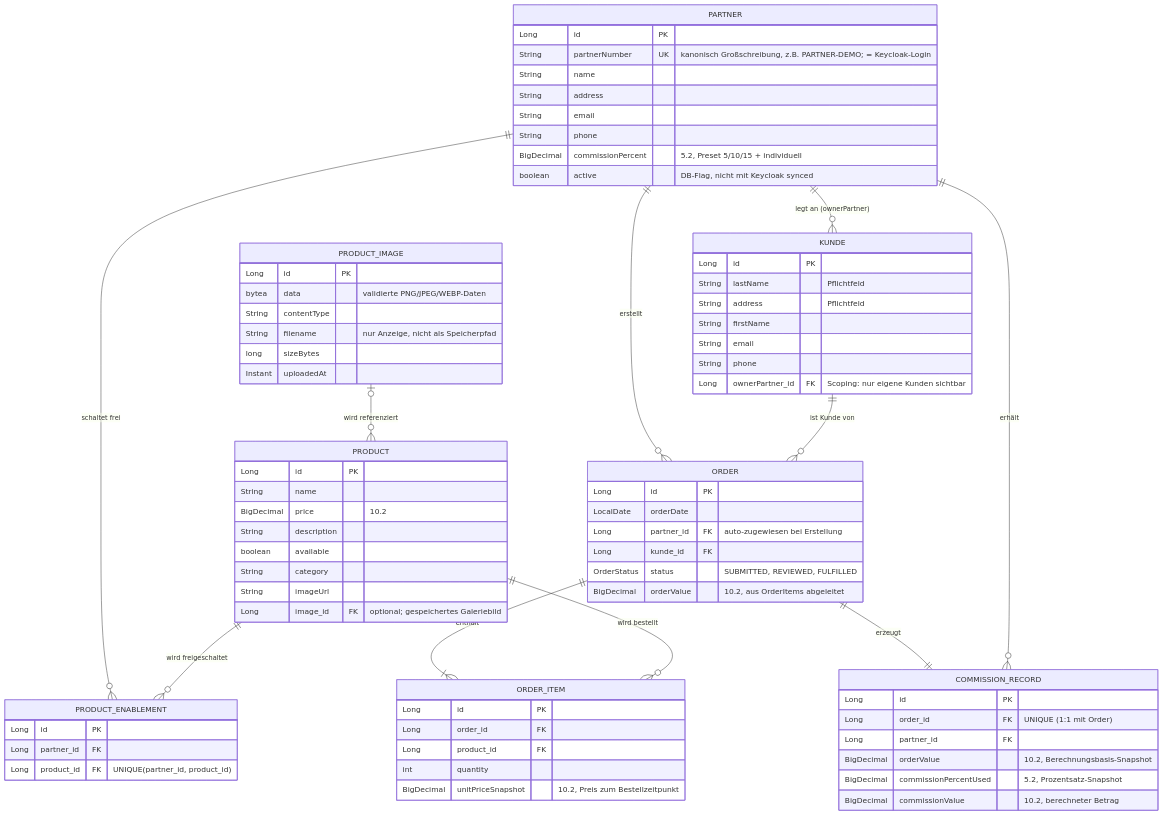
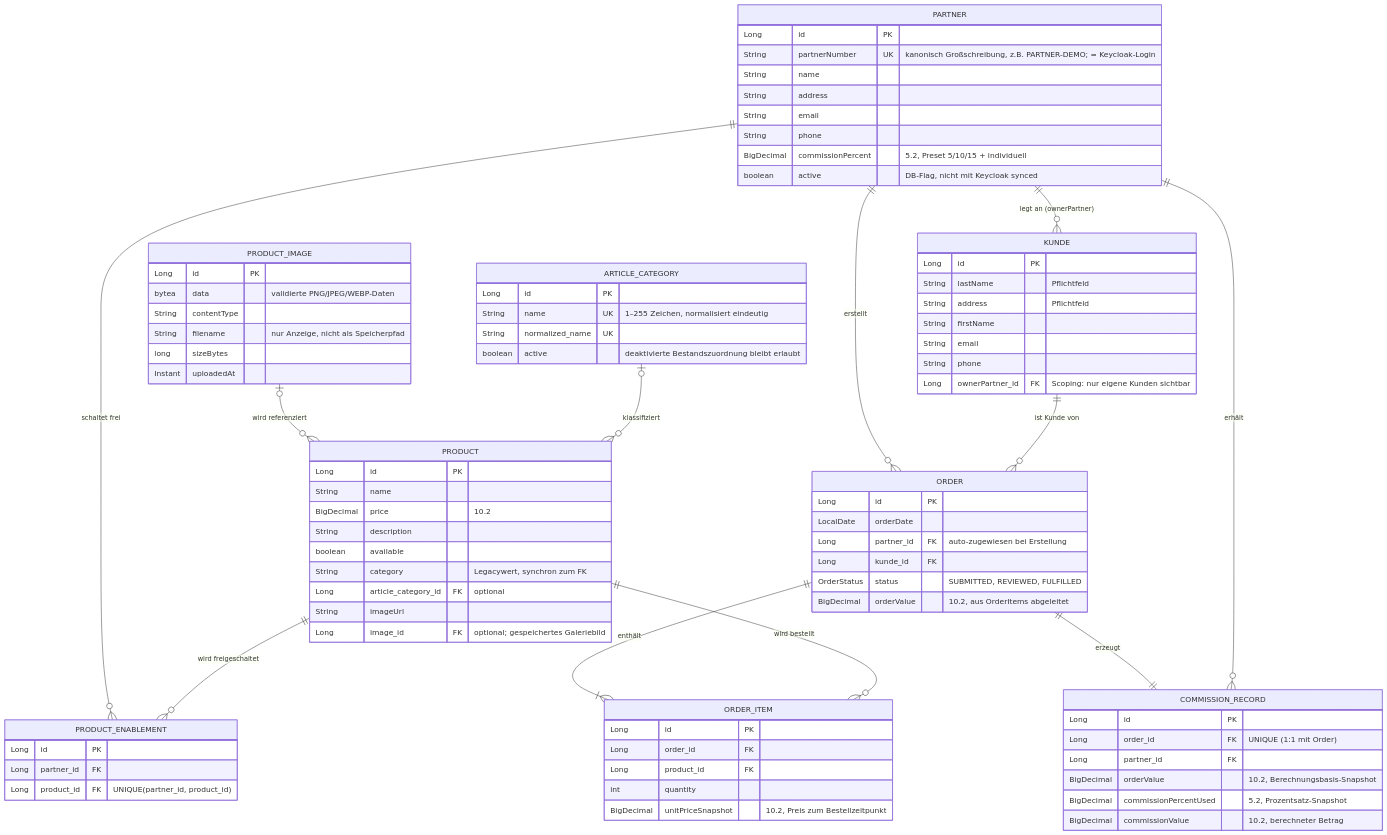
One commit to Chris-Vahram/diplomarbeit-papo changed the diagram in docs/DATA_MODEL.md. Above: the diagram before and after it, drawn with Mermaid. The commit also changed other lines of this file and 28 other files, not shown here.

```diff
--- a/docs/DATA_MODEL.md
+++ b/docs/DATA_MODEL.md
@@ -12,6 +12,7 @@
     PARTNER ||--o{ PRODUCT_ENABLEMENT : "schaltet frei"
     PRODUCT ||--o{ PRODUCT_ENABLEMENT : "wird freigeschaltet"
     PRODUCT_IMAGE o|--o{ PRODUCT : "wird referenziert"
+    ARTICLE_CATEGORY o|--o{ PRODUCT : "klassifiziert"
     PARTNER ||--o{ KUNDE : "legt an (ownerPartner)"
     PARTNER ||--o{ ORDER : "erstellt"
     KUNDE ||--o{ ORDER : "ist Kunde von"
@@ -37,7 +38,8 @@
         BigDecimal price "10.2"
         String description
         boolean available
-        String category
+        String category "Legacywert, synchron zum FK"
+        Long article_category_id FK "optional"
         String imageUrl
         Long image_id FK "optional; gespeichertes Galeriebild"
     }
@@ -49,6 +51,13 @@
         String filename "nur Anzeige, nicht als Speicherpfad"
         long sizeBytes
         Instant uploadedAt
+    }
+
+    ARTICLE_CATEGORY {
+        Long id PK
+        String name UK "1–255 Zeichen, normalisiert eindeutig"
+        String normalized_name UK
+        boolean active "deaktivierte Bestandszuordnung bleibt erlaubt"
     }
 
     PRODUCT_ENABLEMENT {
```
